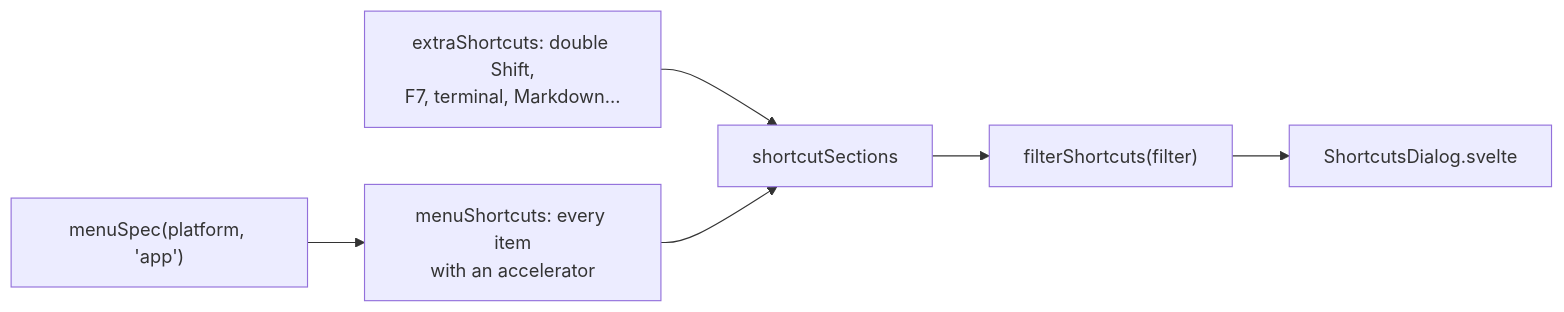
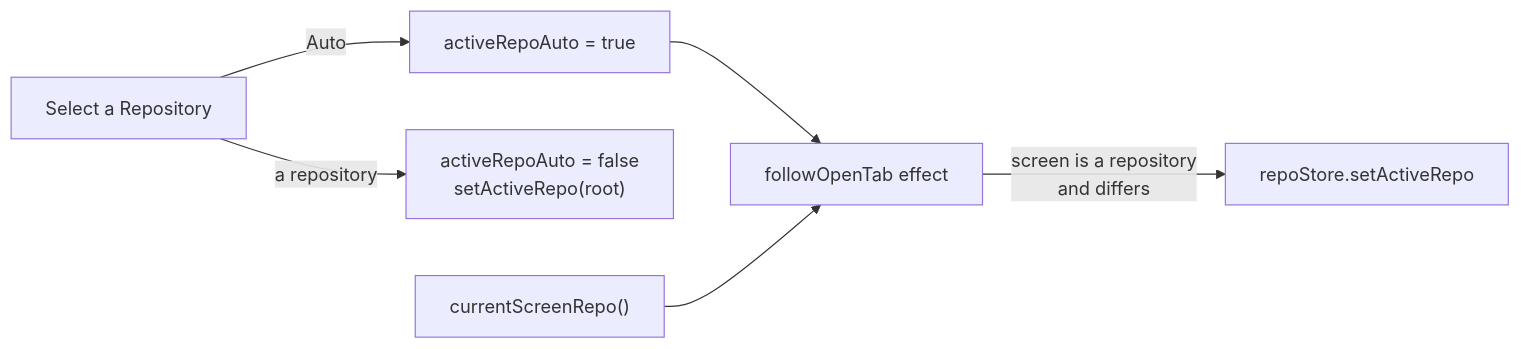
Before and after one commit to shibbirweb/git-manager: the third of 3 diagrams in docs/wiki/developer/How-the-Status-Bar-Works.md, drawn with Mermaid. The commit also changed other lines of this file and 17 other files, not shown here.

Commit message:
feat:[GM-8] repository picker with Auto in the status bar

````diff
--- a/docs/wiki/developer/How-the-Status-Bar-Works.md
+++ b/docs/wiki/developer/How-the-Status-Bar-Works.md
@@ -74,8 +60,8 @@
 ```mermaid
 flowchart LR
-  Spec["menuSpec(platform, 'app')"] --> Menu["menuShortcuts: every item<br/>with an accelerator"]
-  Extra["extraShortcuts: double Shift,<br/>F7, terminal, Markdown..."] --> All["shortcutSections"]
-  Menu --> All
-  All --> Filter["filterShortcuts(filter)"]
-  Filter --> Dialog["ShortcutsDialog.svelte"]
+    P["Select a Repository"] -->|"Auto"| ON["activeRepoAuto = true"]
+    P -->|"a repository"| OFF["activeRepoAuto = false<br/>setActiveRepo(root)"]
+    ON --> F["followOpenTab effect"]
+    S["currentScreenRepo()"] --> F
+    F -->|"screen is a repository<br/>and differs"| SA["repoStore.setActiveRepo"]
 ```
````
